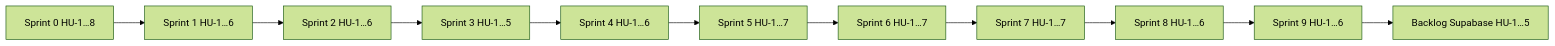
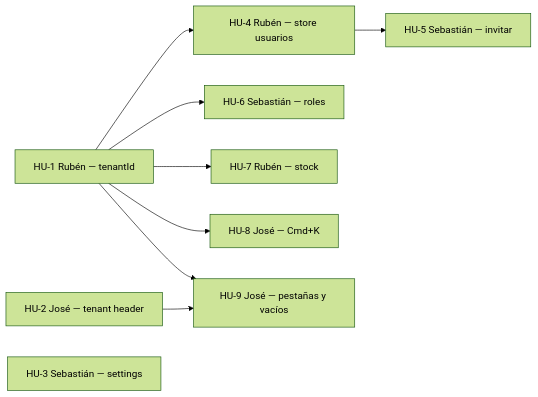
Before and after one commit to rubegonzalezc/proyecto-desk: the diagram in docs/ROADMAP.md, drawn with Mermaid (forest theme). The commit also changed other lines of this file and 8 other files, not shown here.

````diff
--- a/docs/ROADMAP.md
+++ b/docs/ROADMAP.md
@@ -1246,13 +46,19 @@
 ```mermaid
 flowchart LR
-    S0[Sprint 0 HU-1…8] --> S1[Sprint 1 HU-1…6]
-    S1 --> S2[Sprint 2 HU-1…6]
-    S2 --> S3[Sprint 3 HU-1…5]
-    S3 --> S4[Sprint 4 HU-1…6]
-    S4 --> S5[Sprint 5 HU-1…7]
-    S5 --> S6[Sprint 6 HU-1…7]
-    S6 --> S7[Sprint 7 HU-1…7]
-    S7 --> S8[Sprint 8 HU-1…6]
-    S8 --> S9[Sprint 9 HU-1…6]
-    S9 --> SB[Backlog Supabase HU-1…5]
+  HU1[HU-1 Rubén — tenantId]
+  HU2[HU-2 José — tenant header]
+  HU3[HU-3 Sebastián — settings]
+  HU4[HU-4 Rubén — store usuarios]
+  HU5[HU-5 Sebastián — invitar]
+  HU6[HU-6 Sebastián — roles]
+  HU7[HU-7 Rubén — stock]
+  HU8[HU-8 José — Cmd+K]
+  HU9[HU-9 José — pestañas y vacíos]
+  HU1 --> HU4
+  HU1 --> HU6
+  HU1 --> HU7
+  HU1 --> HU8
+  HU1 --> HU9
+  HU4 --> HU5
+  HU2 --> HU9
 ```
````
